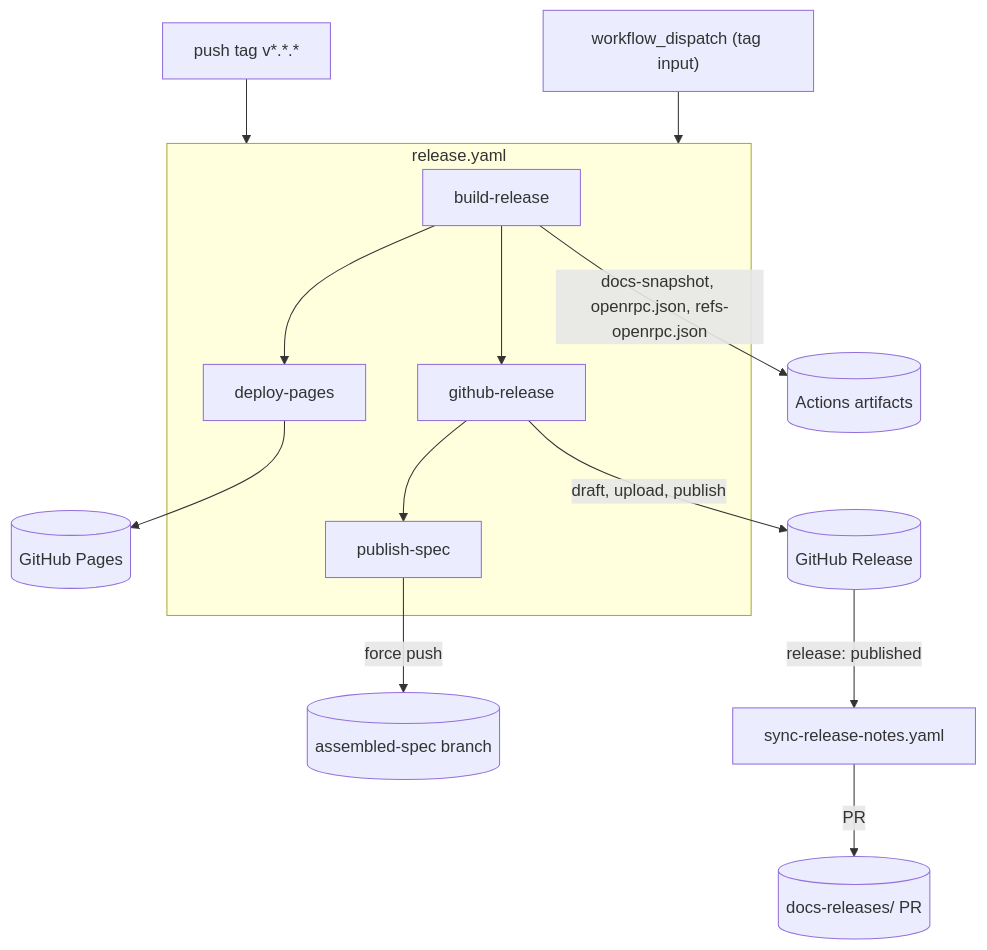
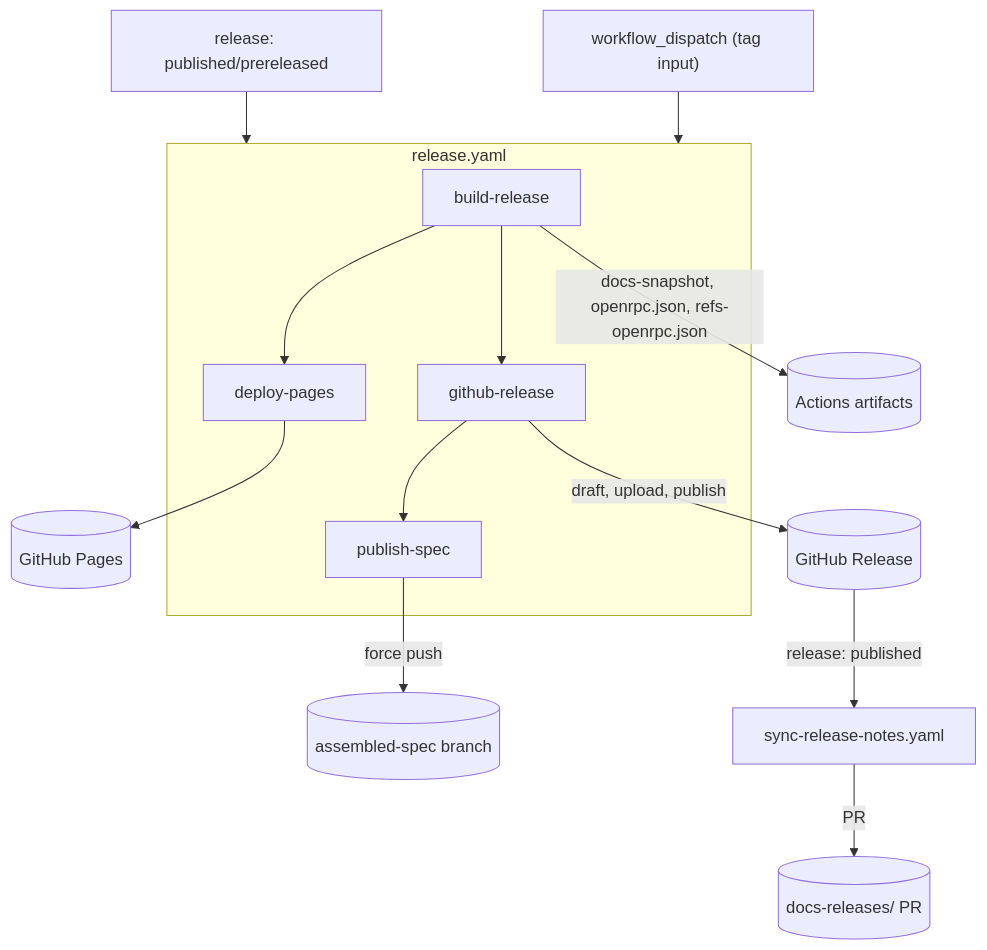
The first of 2 diagrams in .github/workflows/README.md (open-rpc/execution-apis), drawn with Mermaid before and after one commit. The commit also changed other lines of this file and 1 other file, not shown here.

Commit message:
fix: consolidate to single release path conditioned on publish/prerelease

````diff
--- a/.github/workflows/README.md
+++ b/.github/workflows/README.md
@@ -17,23 +17,23 @@
 ```mermaid
 flowchart TD
-  tagPush["push tag v*.*.*"] --> releaseWf
+  releasePublish["release: published/prereleased"] --> releaseWf
   dispatch["workflow_dispatch (tag input)"] --> releaseWf
 
   subgraph releaseWf [release.yaml]
     buildRelease[build-release]
     deployPages[deploy-pages]
     ghRelease[github-release]
     publishSpec[publish-spec]
     buildRelease --> deployPages
     buildRelease --> ghRelease
     ghRelease --> publishSpec
   end
 
   buildRelease -->|"docs-snapshot, openrpc.json, refs-openrpc.json"| artifacts[("Actions artifacts")]
   deployPages --> pages[("GitHub Pages")]
   ghRelease -->|"draft, upload, publish"| ghReleasePage[("GitHub Release")]
   publishSpec -->|"force push"| assembledSpec[("assembled-spec branch")]
 
   ghReleasePage -->|"release: published"| syncNotes[sync-release-notes.yaml]
   syncNotes -->|"PR"| notesPR[("docs-releases/ PR")]
 ```
````
